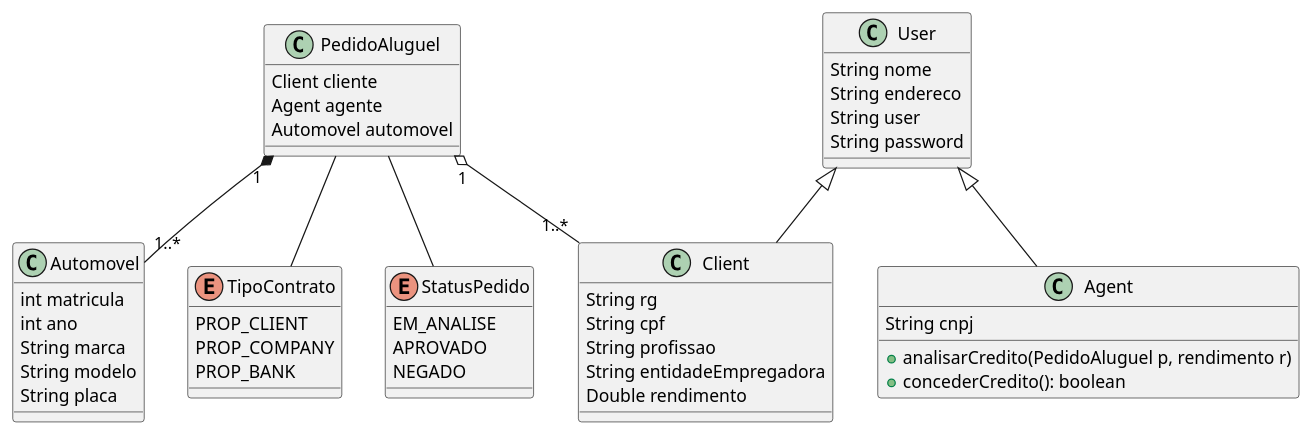
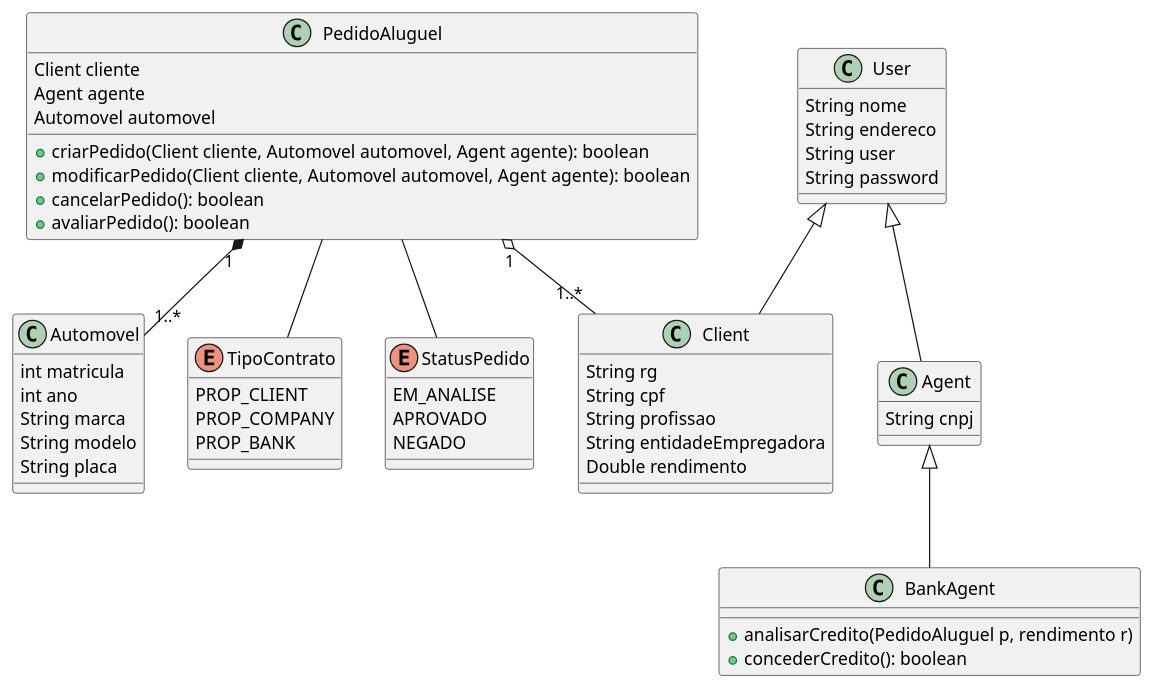
Before and after one commit to liviabontempol/LDS-projeto2: the diagram in project/diagrams/classDiagram.puml, drawn with PlantUML.

Commit message:
Update classDiagram.puml// add metodos no PedidoAluguel

```diff
--- a/project/diagrams/classDiagram.puml
+++ b/project/diagrams/classDiagram.puml
@@ -1,62 +1,72 @@
 @startuml
 
 class Automovel{ 
 int matricula
 int ano
 String marca
 String modelo
 String placa
 }
 
 class User{
 String nome
 String endereco
 String user
 String password
 }
 
 class Client{
 String rg
 String cpf
 String profissao
 String entidadeEmpregadora
 Double rendimento
 }
 
 class Agent{
 String cnpj
+}
+
+class BankAgent{
+
 +analisarCredito(PedidoAluguel p, rendimento r)
 +concederCredito(): boolean
-
 }
 
  enum TipoContrato{
 PROP_CLIENT
 PROP_COMPANY
 PROP_BANK
 }
 
 class PedidoAluguel{
 Client cliente
 Agent agente
 Automovel automovel
++criarPedido(Client cliente, Automovel automovel, Agent agente): boolean
++modificarPedido(Client cliente, Automovel automovel, Agent agente): boolean
++cancelarPedido(): boolean
++avaliarPedido(): boolean
 
 }
 
 enum StatusPedido{
 EM_ANALISE
 APROVADO
 NEGADO
 }
 
+
+' Associacoes
 User <|-- Client
 User <|-- Agent
+Agent <|-- BankAgent
 
 PedidoAluguel -- StatusPedido
 PedidoAluguel -- TipoContrato
 
 PedidoAluguel "1" *-- "1..*"  Automovel
 
 PedidoAluguel "1" o-- "1..*" Client
 
 @enduml
```
